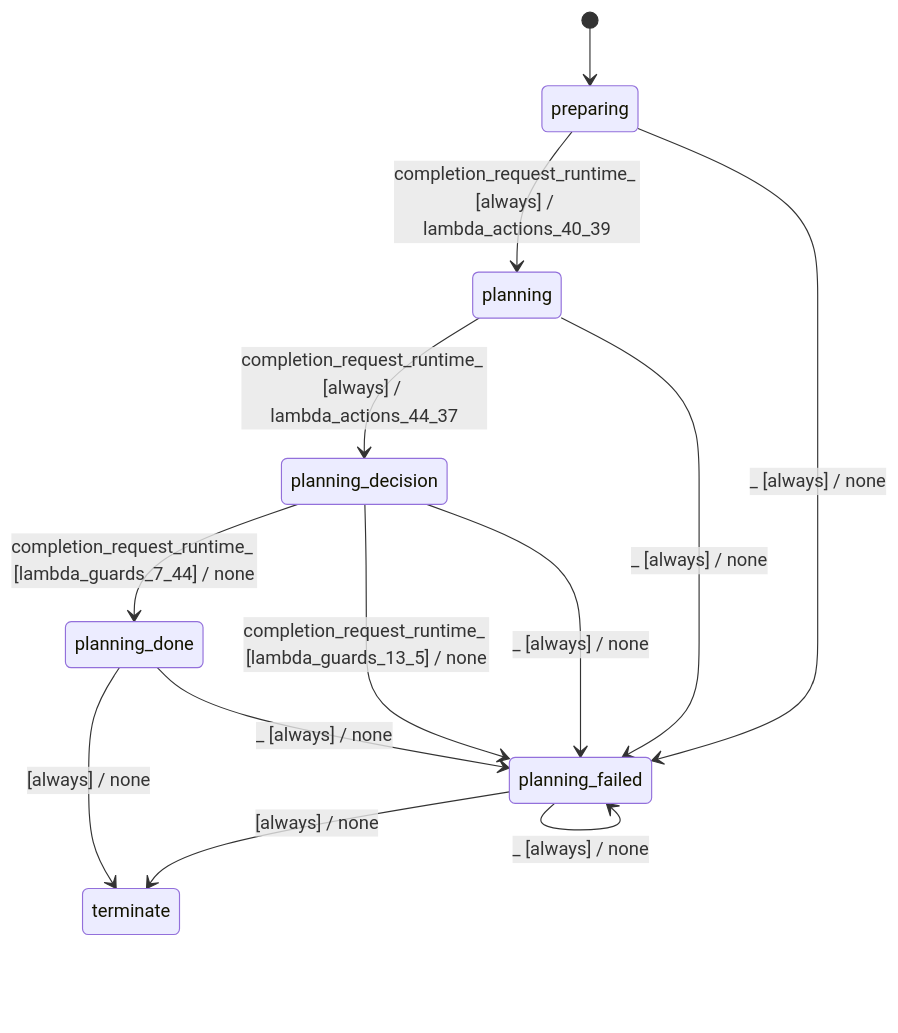
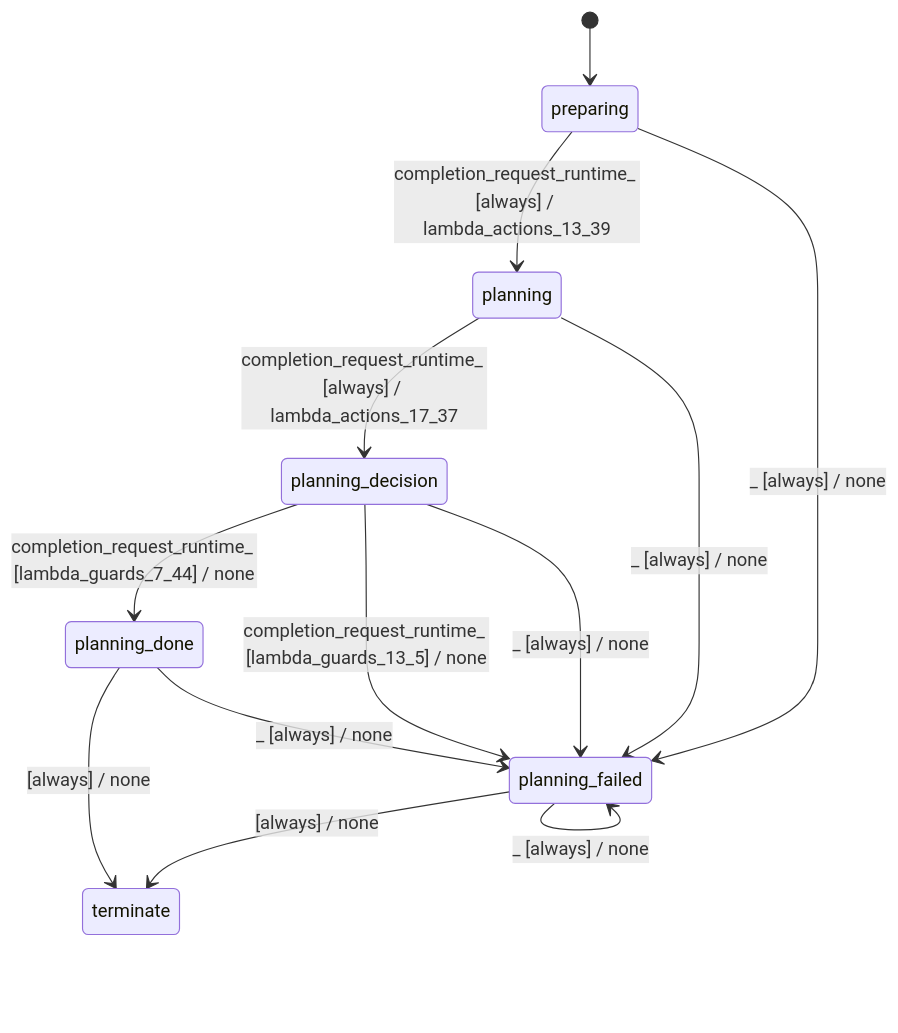
One commit to stateforward/emel.cpp changed the diagram in docs/architecture/batch_planner_modes_simple.md. Above: the diagram before and after it, drawn with Mermaid. The commit also changed other lines of this file and 46 other files, not shown here.

Commit message:
Enforce explicit runtime control-flow modeling in SML machines

````diff
--- a/docs/architecture/batch_planner_modes_simple.md
+++ b/docs/architecture/batch_planner_modes_simple.md
@@ -7,16 +7,16 @@
 ```mermaid
 stateDiagram-v2
   direction TB
   [*] --> preparing
-  preparing --> planning : completion_request_runtime_ [always] / lambda_actions_40_39
-  planning --> planning_decision : completion_request_runtime_ [always] / lambda_actions_44_37
+  preparing --> planning : completion_request_runtime_ [always] / lambda_actions_13_39
+  planning --> planning_decision : completion_request_runtime_ [always] / lambda_actions_17_37
   planning_decision --> planning_done : completion_request_runtime_ [lambda_guards_7_44] / none
   planning_decision --> planning_failed : completion_request_runtime_ [lambda_guards_13_5] / none
   planning_done --> terminate : [always] / none
   planning_failed --> terminate : [always] / none
   planning_done --> planning_failed : _ [always] / none
   planning_failed --> planning_failed : _ [always] / none
   preparing --> planning_failed : _ [always] / none
   planning --> planning_failed : _ [always] / none
   planning_decision --> planning_failed : _ [always] / none
 ```
````
